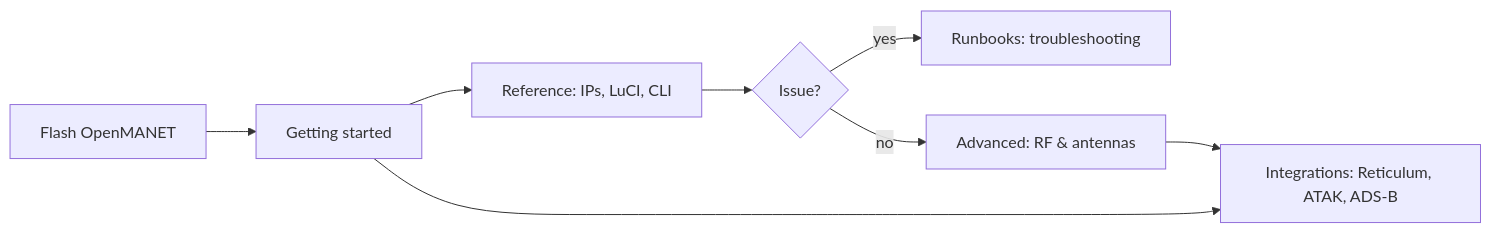
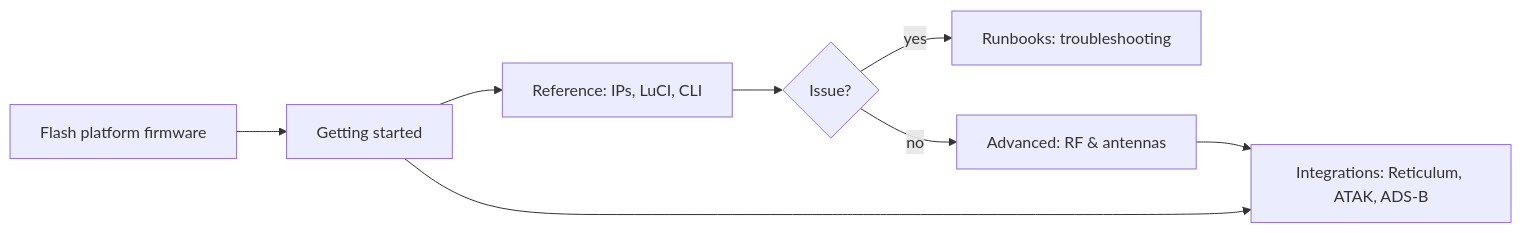
One commit to MaxiBracamonte/haven-manet-ip-mesh-radio changed the diagram in docs/README.md. Above: the diagram before and after it, drawn with Mermaid. The commit also changed other lines of this file and 10 other files, not shown here.

````diff
--- a/docs/README.md
+++ b/docs/README.md
@@ -8,10 +8,10 @@
 ```mermaid
 flowchart LR
-  A["Flash OpenMANET"] --> B["Getting started"]
+  A["Flash platform firmware"] --> B["Getting started"]
   B --> C["Reference: IPs, LuCI, CLI"]
   C --> D{Issue?}
   D -->|yes| E["Runbooks: troubleshooting"]
   D -->|no| F["Advanced: RF & antennas"]
   B --> G["Integrations: Reticulum, ATAK, ADS-B"]
   F --> G
 ```
````
